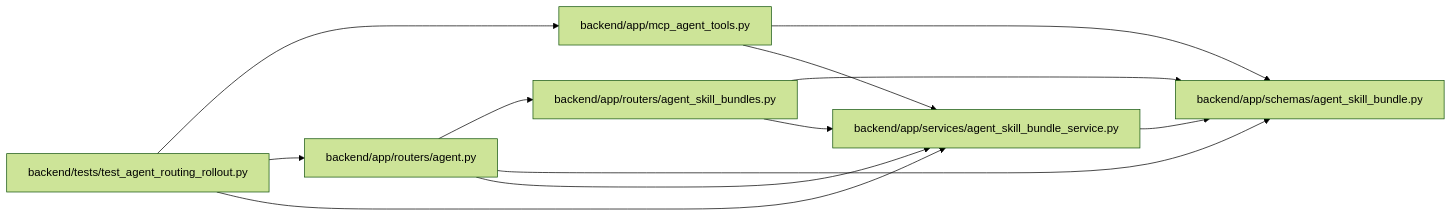
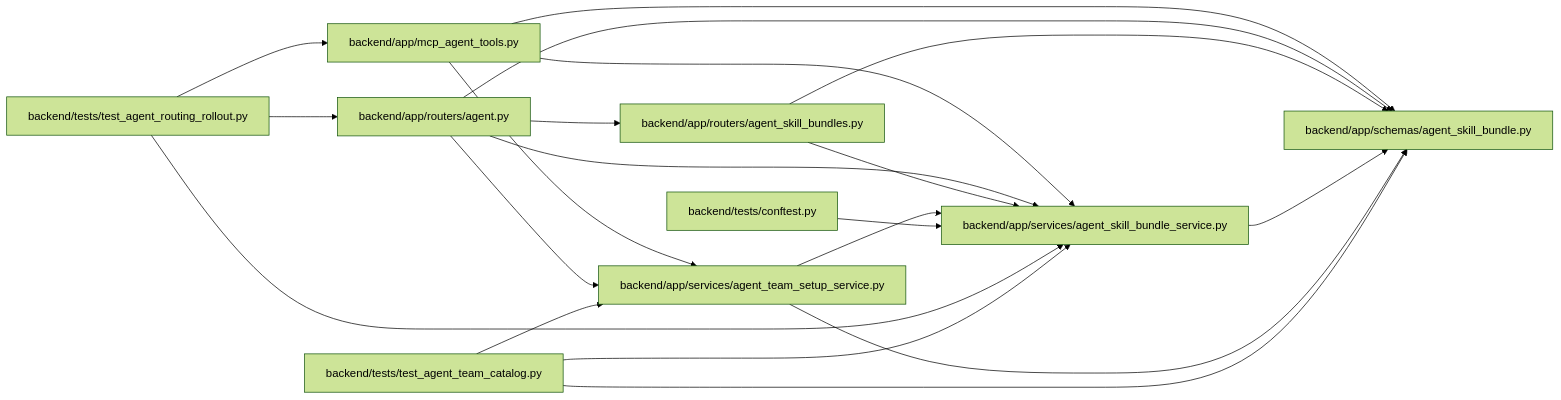
The diagram in docs/llm_wiki/modules/agent_skill_bundle_service.md (Denissvgn/WorkChord), drawn with Mermaid (forest theme) before and after one commit. The commit also changed other lines of this file and 239 other files, not shown here.

````diff
--- a/docs/llm_wiki/modules/agent_skill_bundle_service.md
+++ b/docs/llm_wiki/modules/agent_skill_bundle_service.md
@@ -34,26 +36,40 @@
 ```mermaid
 flowchart LR
     n0["backend/app/mcp_agent_tools.py"]
     n1["backend/app/routers/agent.py"]
     n2["backend/app/routers/agent_skill_bundles.py"]
     n3["backend/app/schemas/agent_skill_bundle.py"]
     n4["backend/app/services/agent_skill_bundle_service.py"]
-    n5["backend/tests/test_agent_routing_rollout.py"]
+    n5["backend/app/services/agent_team_setup_service.py"]
+    n6["backend/tests/conftest.py"]
+    n7["backend/tests/test_agent_routing_rollout.py"]
+    n8["backend/tests/test_agent_team_catalog.py"]
     n0 --> n3
     n0 --> n4
+    n0 --> n5
     n1 --> n2
     n1 --> n3
     n1 --> n4
+    n1 --> n5
     n2 --> n3
     n2 --> n4
     n4 --> n3
-    n5 --> n0
-    n5 --> n1
+    n5 --> n3
     n5 --> n4
+    n6 --> n4
+    n7 --> n0
+    n7 --> n1
+    n7 --> n4
+    n8 --> n3
+    n8 --> n4
+    n8 --> n5
     click n0 "../modules/mcp_agent_tools.md"
     click n1 "../modules/routers_agent.md"
     click n2 "../modules/agent_skill_bundles.md"
     click n3 "../modules/agent_skill_bundle.md"
     click n4 "../modules/agent_skill_bundle_service.md"
-    click n5 "../modules/test_agent_routing_rollout.md"
+    click n5 "../modules/agent_team_setup_service.md"
+    click n6 "../modules/conftest.md"
+    click n7 "../modules/test_agent_routing_rollout.md"
+    click n8 "../modules/test_agent_team_catalog.md"
 ```
````
